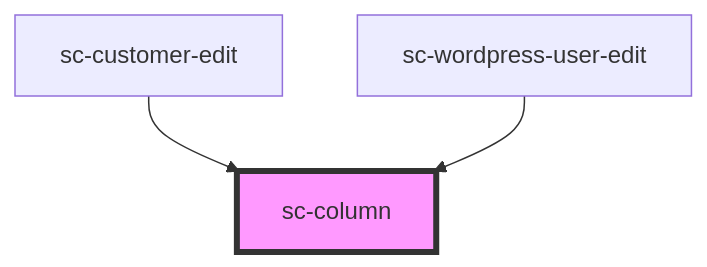
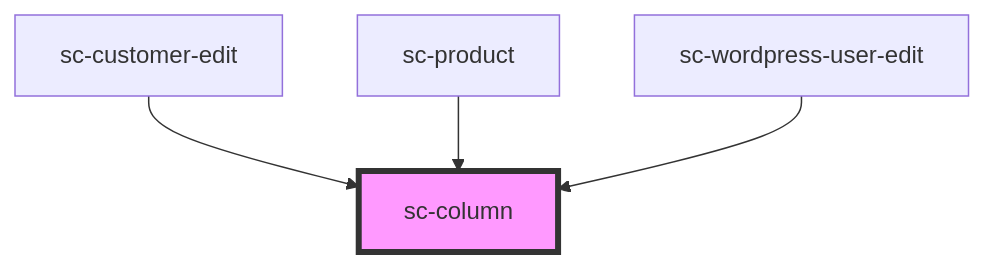
The diagram in packages/components/src/components/ui/column/readme.md (surecart/surecart-wp-plugin), drawn with Mermaid before and after one commit. The commit also changed other lines of this file and 53 other files, not shown here.

````diff
--- a/packages/components/src/components/ui/column/readme.md
+++ b/packages/components/src/components/ui/column/readme.md
@@ -16,6 +17,7 @@
 ```mermaid
 graph TD;
   sc-customer-edit --> sc-column
+  sc-product --> sc-column
   sc-wordpress-user-edit --> sc-column
   style sc-column fill:#f9f,stroke:#333,stroke-width:4px
 ```
````
